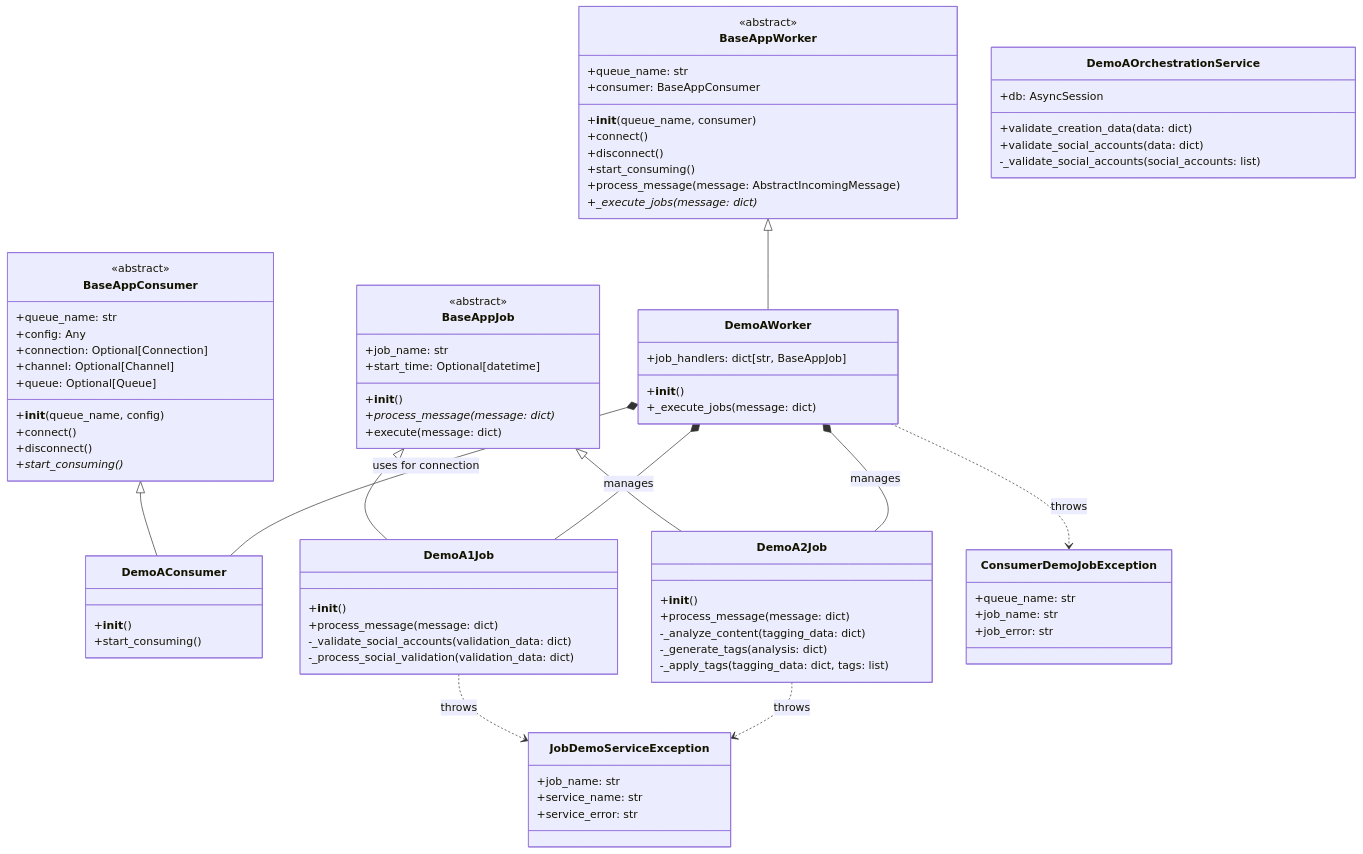
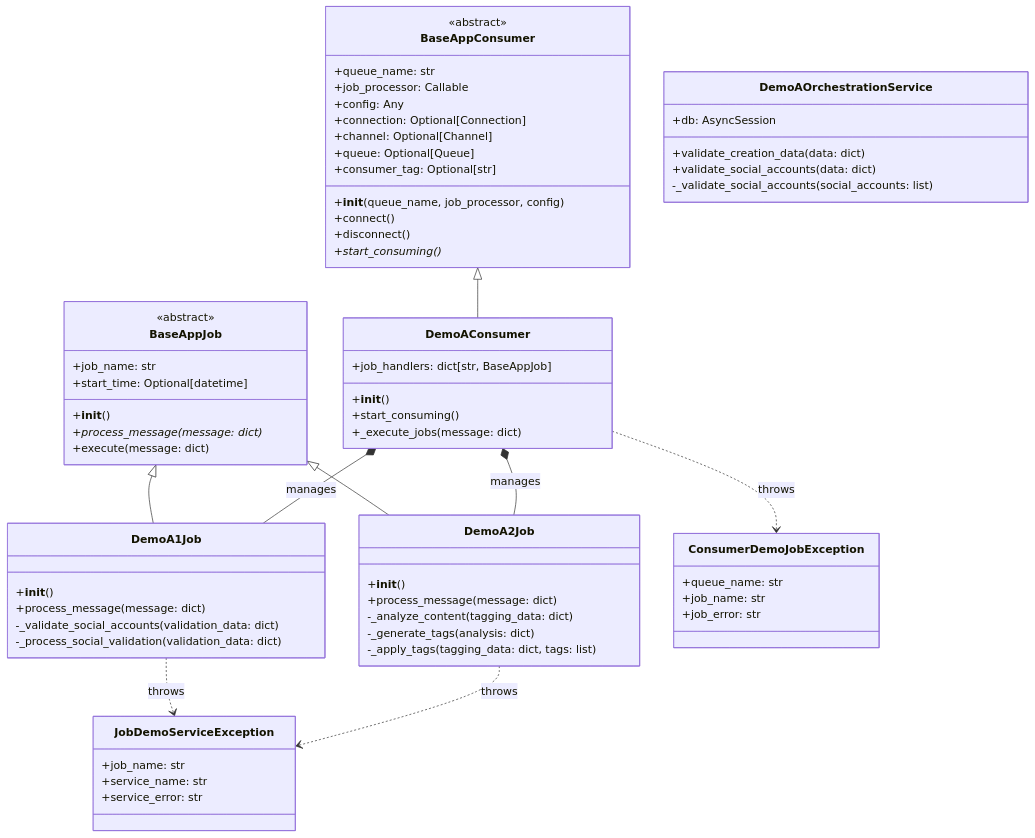
One commit to ai-botxbyte/browser-profile-serp-orchestration-service changed the first of 3 diagrams in demo_a_architecture.md. Above: the diagram before and after it, drawn with Mermaid. The commit also changed other lines of this file and 15 other files, not shown here.

Commit message:
Refactor Demo A and Demo B consumers to handle job execution directly, removing the BaseAppWorker class. Update message processing logic to improve clarity and maintainability. Enhance error handling and logging for better debugging during job execution.

````diff
--- a/demo_a_architecture.md
+++ b/demo_a_architecture.md
@@ -8,26 +8,16 @@
     class BaseAppConsumer {
         <<abstract>>
         +queue_name: str
+        +job_processor: Callable
         +config: Any
         +connection: Optional[Connection]
         +channel: Optional[Channel]
         +queue: Optional[Queue]
-        +__init__(queue_name, config)
+        +consumer_tag: Optional[str]
+        +__init__(queue_name, job_processor, config)
         +connect()
         +disconnect()
         +start_consuming()*
-    }
-
-    class BaseAppWorker {
-        <<abstract>>
-        +queue_name: str
-        +consumer: BaseAppConsumer
-        +__init__(queue_name, consumer)
-        +connect()
-        +disconnect()
-        +start_consuming()
-        +process_message(message: AbstractIncomingMessage)
-        +_execute_jobs(message: dict)*
     }
 
     class BaseAppJob {
@@ -41,14 +31,9 @@
 
     %% Demo A Consumer
     class DemoAConsumer {
+        +job_handlers: dict[str, BaseAppJob]
         +__init__()
         +start_consuming()
-    }
-
-    %% Demo A Worker
-    class DemoAWorker {
-        +job_handlers: dict[str, BaseAppJob]
-        +__init__()
         +_execute_jobs(message: dict)
     }
 
@@ -90,17 +75,15 @@
 
     %% Inheritance Relationships
     BaseAppConsumer <|-- DemoAConsumer
-    BaseAppWorker <|-- DemoAWorker
     BaseAppJob <|-- DemoA1Job
     BaseAppJob <|-- DemoA2Job
 
     %% Composition Relationships
-    DemoAWorker *-- DemoAConsumer : uses for connection
-    DemoAWorker *-- DemoA1Job : manages
-    DemoAWorker *-- DemoA2Job : manages
+    DemoAConsumer *-- DemoA1Job : manages
+    DemoAConsumer *-- DemoA2Job : manages
 
     %% Dependency Relationships
-    DemoAWorker ..> ConsumerDemoJobException : throws
+    DemoAConsumer ..> ConsumerDemoJobException : throws
     DemoA1Job ..> JobDemoServiceException : throws
     DemoA2Job ..> JobDemoServiceException : throws
 ```
````
